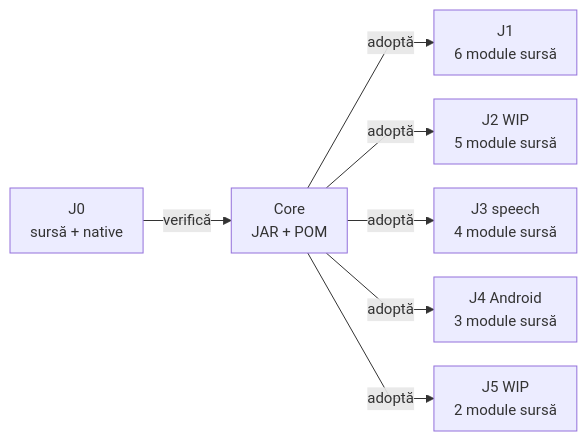
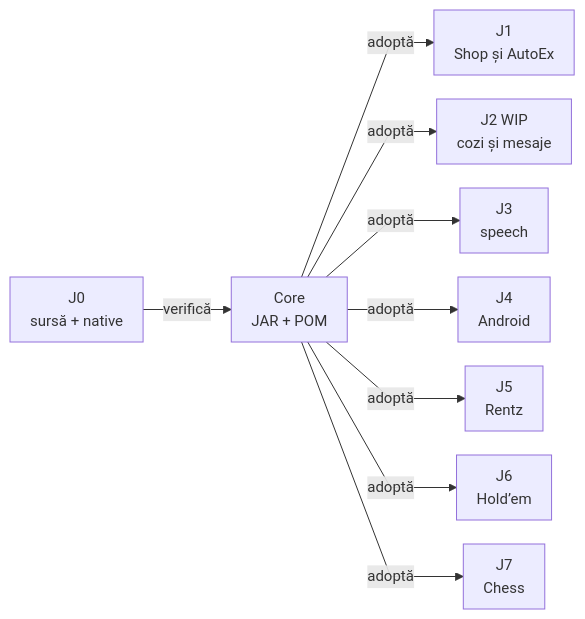
Before and after one commit to crististefanita/atf_j1: the diagram in docs/ATF_Core_Consumer.md, drawn with Mermaid. The commit also changed other lines of this file and 71 other files, not shown here.

````diff
--- a/docs/ATF_Core_Consumer.md
+++ b/docs/ATF_Core_Consumer.md
@@ -57,10 +57,12 @@
 ```mermaid
 %%{init: {"themeVariables":{"fontSize":"15px"},"themeCSS":".nodeLabel, .nodeLabel p { font-size: 15px !important; line-height: 1.35 !important; } .edgeLabel, .edgeLabel p { font-size: 12px !important; font-weight: 400 !important; line-height: 1.2 !important; } .edgeLabel .labelBkg, .edgeLabel p { background: transparent !important; } .edgeLabel foreignObject { transform: translateY(-18px); overflow: visible; } .node rect { rx: 6px; ry: 6px; }","flowchart":{"curve":"linear","nodeSpacing":24,"rankSpacing":40,"padding":10,"diagramPadding":16}}}%%
 flowchart LR
     Owner["J0<br/>sursă + native"] -->|verifică| Binary["Core<br/>JAR + POM"]
-    Binary -->|adoptă| J1["J1<br/>6 module sursă"]
-    Binary -->|adoptă| J2["J2 WIP<br/>5 module sursă"]
-    Binary -->|adoptă| J3["J3 speech<br/>4 module sursă"]
-    Binary -->|adoptă| J4["J4 Android<br/>3 module sursă"]
-    Binary -->|adoptă| J5["J5 WIP<br/>2 module sursă"]
+    Binary -->|adoptă| J1["J1<br/>Shop și AutoEx"]
+    Binary -->|adoptă| J2["J2 WIP<br/>cozi și mesaje"]
+    Binary -->|adoptă| J3["J3<br/>speech"]
+    Binary -->|adoptă| J4["J4<br/>Android"]
+    Binary -->|adoptă| J5["J5<br/>Rentz"]
+    Binary -->|adoptă| J6["J6<br/>Hold’em"]
+    Binary -->|adoptă| J7["J7<br/>Chess"]
 ```
````
